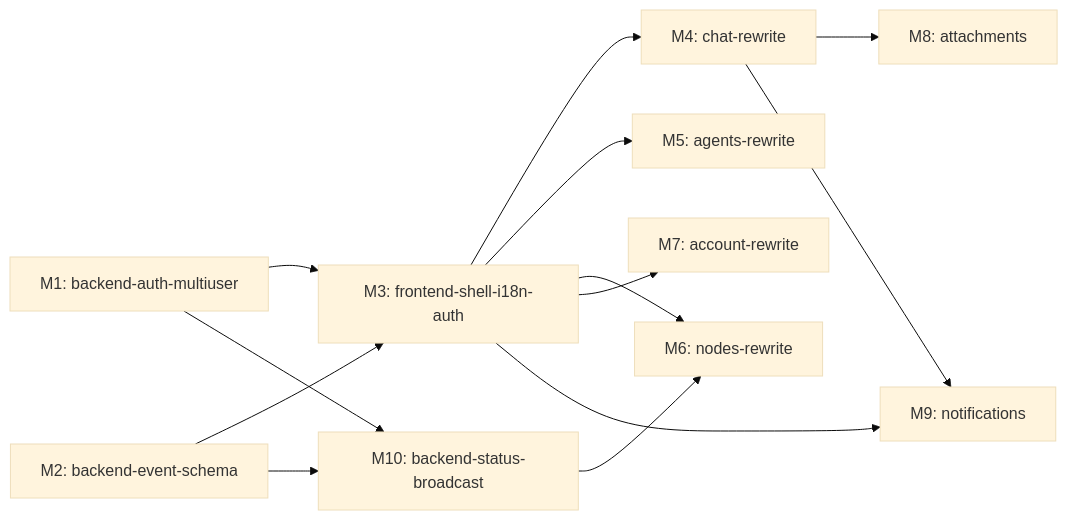
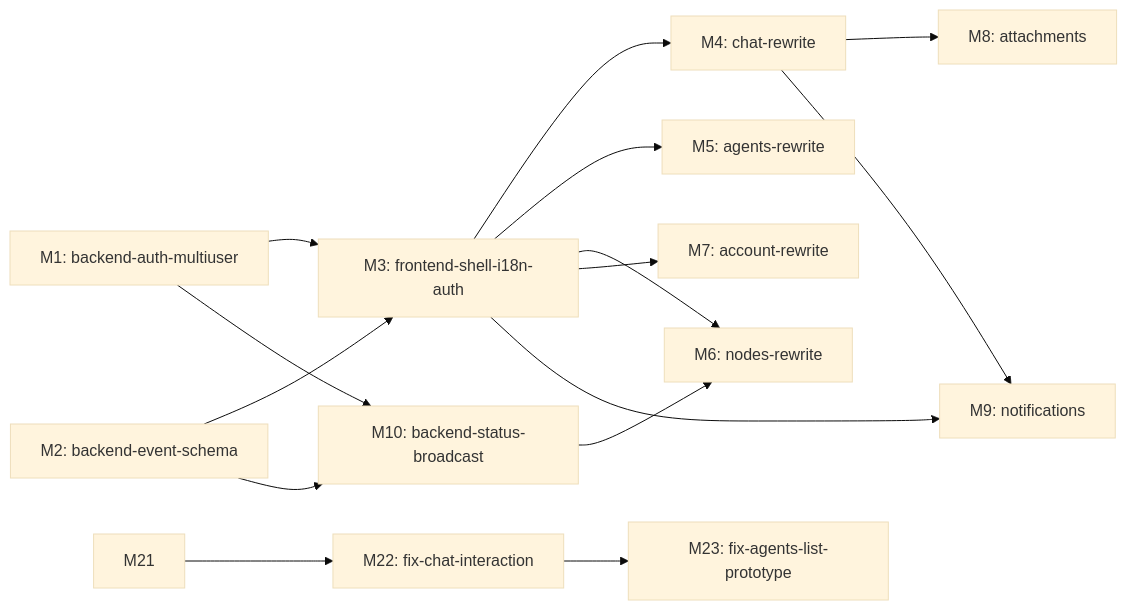
Before and after one commit to Mrchen116/nano-multiagent: the diagram in docs/changes/feat-340-agent-native-im/design.md, drawn with Mermaid (base theme). The commit also changed other lines of this file, not shown here.

First line of the commit message:
design(feat-340): 追加 M22/M23/M24 修复 milestone — chat 交互/富组件、agents list 原型对齐、gateway 消息投递

````diff
--- a/docs/changes/feat-340-agent-native-im/design.md
+++ b/docs/changes/feat-340-agent-native-im/design.md
@@ -358,15 +362,17 @@
 ```mermaid
 graph LR
   M1[M1: backend-auth-multiuser] --> M3[M3: frontend-shell-i18n-auth]
   M2[M2: backend-event-schema] --> M3
   M1 --> M10[M10: backend-status-broadcast]
   M2 --> M10
   M3 --> M4[M4: chat-rewrite]
   M3 --> M5[M5: agents-rewrite]
   M3 --> M6[M6: nodes-rewrite]
   M10 --> M6
   M3 --> M7[M7: account-rewrite]
   M4 --> M8[M8: attachments]
   M3 --> M9[M9: notifications]
   M4 --> M9
+  M21 --> M22[M22: fix-chat-interaction]
+  M22 --> M23[M23: fix-agents-list-prototype]
 ```
````
